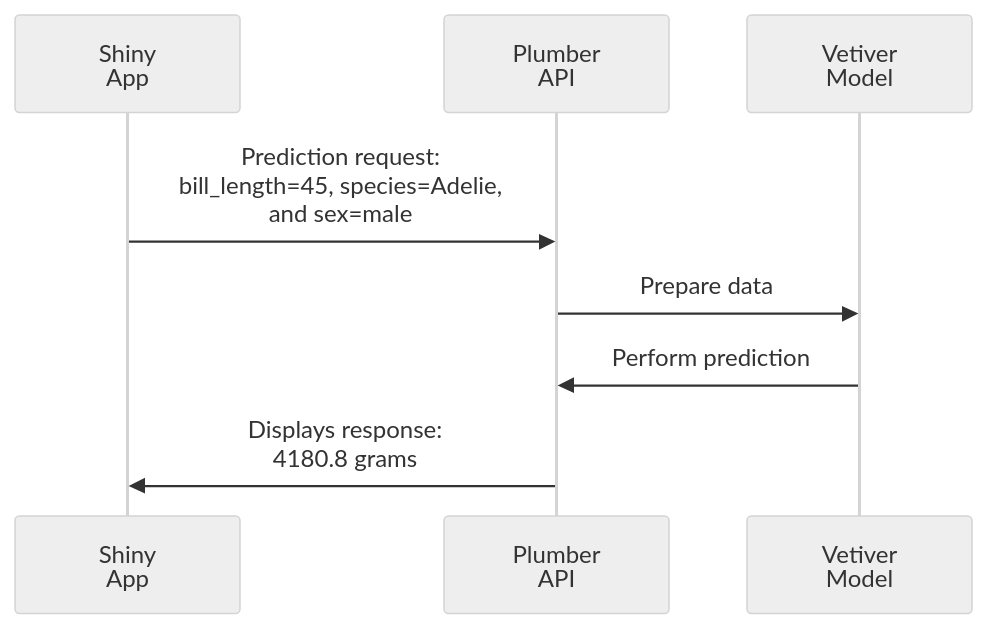
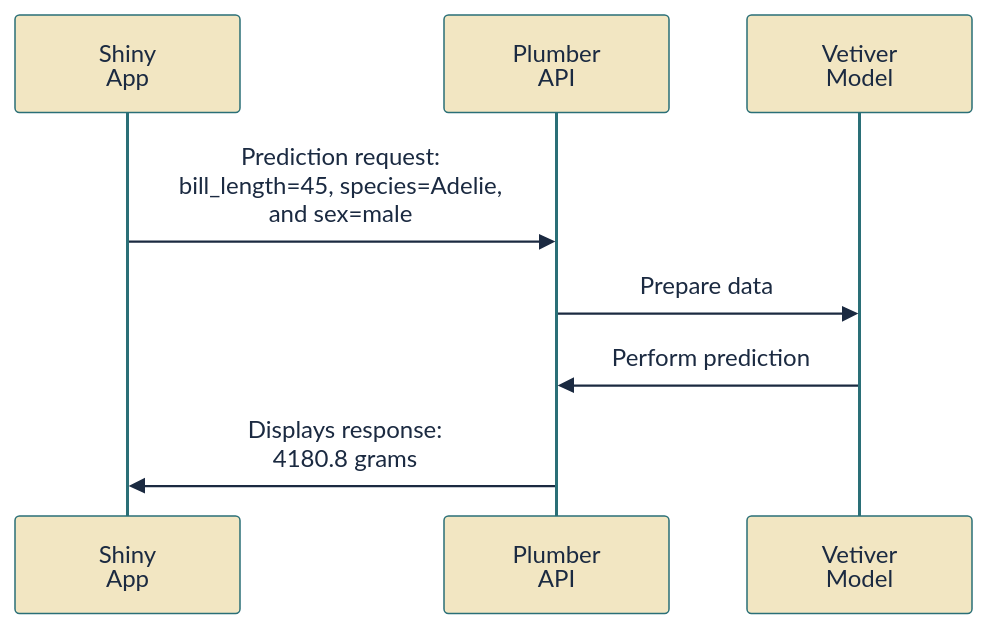
The sixth of 6 diagrams in r-app-api.qmd (mjfrigaard/do4ds-labs), drawn with Mermaid before and after one commit. The commit also changed other lines of this file and 88 other files, not shown here.

````diff
--- a/r-app-api.qmd
+++ b/r-app-api.qmd
@@ -459,16 +454,16 @@
 ```{mermaid}
 %%| fig-cap: 'Input Dependencies'
 %%| fig-align: center
-%%{init: {'theme': 'neutral', 'look': 'handDrawn', 'themeVariables': { 'fontFamily': 'monospace', "fontSize":"16px"}}}%%
+%%{init: {'theme': 'base', 'look': 'handDrawn', 'themeVariables': { 'fontFamily': 'monospace', "fontSize":"16px", 'primaryColor': '#F2E6C2', 'primaryBorderColor': '#2A6F77', 'primaryTextColor': '#1B2A41', 'secondaryColor': '#d4e7e4', 'tertiaryColor': '#f5f0e4', 'lineColor': '#1B2A41', 'edgeLabelBackground': '#F2E6C2'}}}%%
 
 sequenceDiagram
     participant Customer as Shiny<br>App
     participant Waiter as Plumber<br>API
     participant Kitchen as Vetiver<br>Model
     
     Customer->>Waiter: Prediction request:<br/>bill_length=45, species=Adelie,<br>and sex=male
     Waiter->>Kitchen: Prepare data
     Kitchen->>Waiter: Perform prediction
     Waiter->>Customer: Displays response:<br> 4180.8 grams
 
 ```
````
